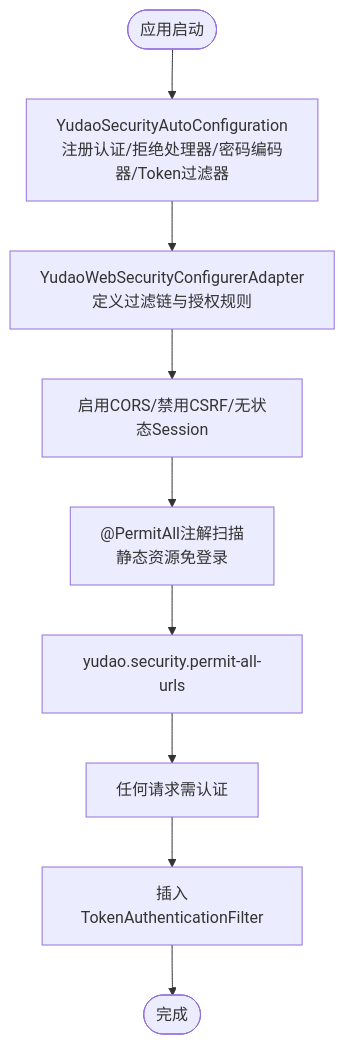
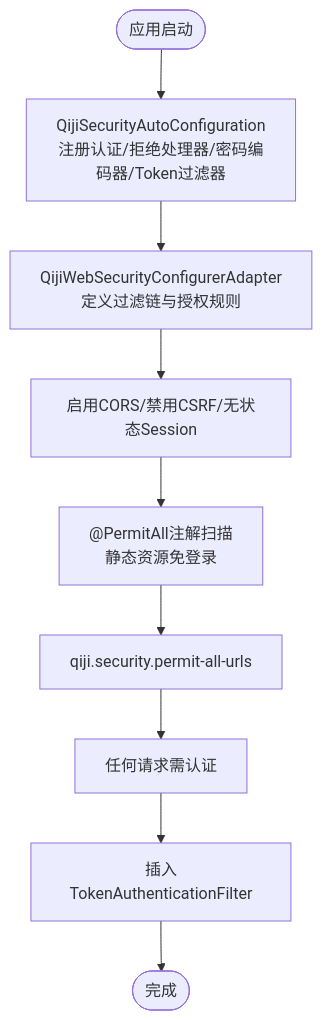
The third of 4 diagrams in backend/.qoder/repowiki/zh/content/安全与权限/API安全防护/安全配置管理.md (zhuangpengLI/AgenticCPS), drawn with Mermaid before and after one commit. The commit also changed other lines of this file and 3489 other files, not shown here.

````diff
--- a/backend/.qoder/repowiki/zh/content/安全与权限/API安全防护/安全配置管理.md
+++ b/backend/.qoder/repowiki/zh/content/安全与权限/API安全防护/安全配置管理.md
@@ -215,11 +215,11 @@
 ```mermaid
 flowchart TD
-Start(["应用启动"]) --> AutoCfgA["YudaoSecurityAutoConfiguration<br/>注册认证/拒绝处理器/密码编码器/Token过滤器"]
-AutoCfgA --> AutoCfgB["YudaoWebSecurityConfigurerAdapter<br/>定义过滤链与授权规则"]
+Start(["应用启动"]) --> AutoCfgA["QijiSecurityAutoConfiguration<br/>注册认证/拒绝处理器/密码编码器/Token过滤器"]
+AutoCfgA --> AutoCfgB["QijiWebSecurityConfigurerAdapter<br/>定义过滤链与授权规则"]
 AutoCfgB --> CORS["启用CORS/禁用CSRF/无状态Session"]
 CORS --> StaticRes["@PermitAll注解扫描<br/>静态资源免登录"]
-StaticRes --> GlobalPermit["yudao.security.permit-all-urls"]
+StaticRes --> GlobalPermit["qiji.security.permit-all-urls"]
 GlobalPermit --> ChainEnd["任何请求需认证"]
 ChainEnd --> FilterIn["插入TokenAuthenticationFilter"]
 FilterIn --> End(["完成"])
 ```
````
